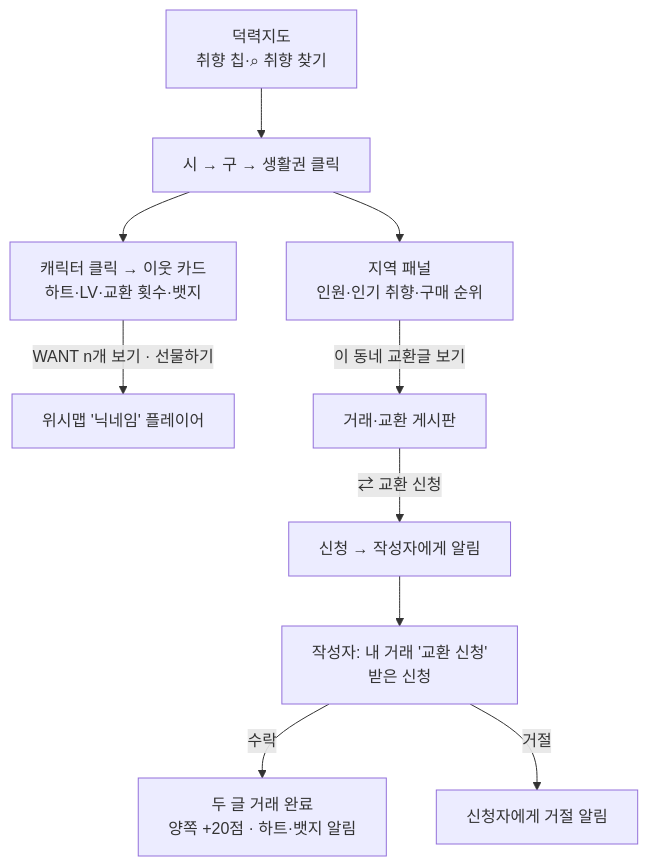
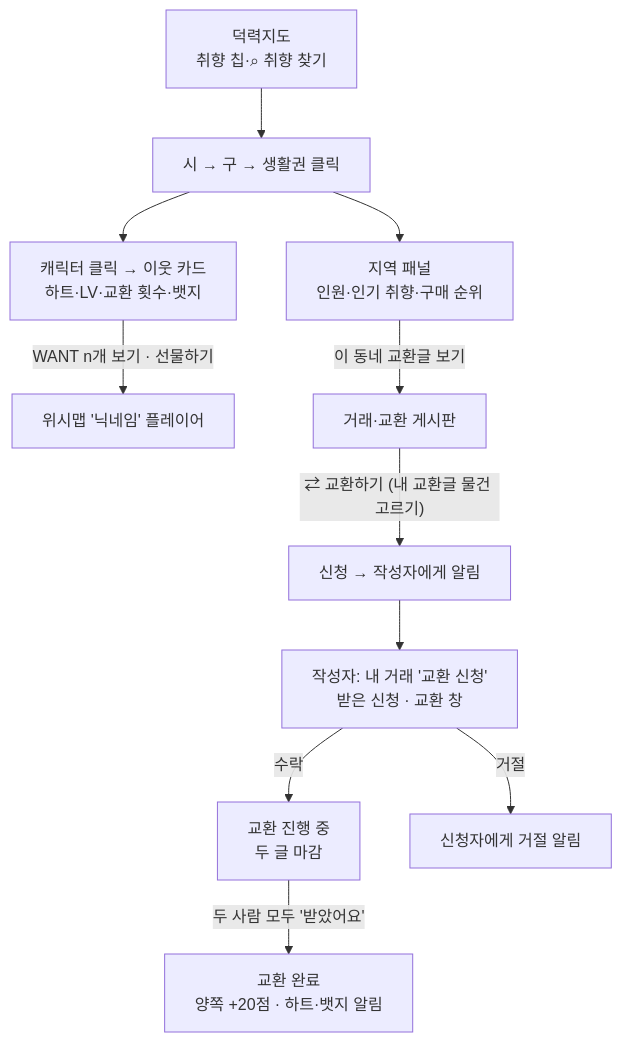
Before and after one commit to KANT-2/pixel-mart: the fifth of 7 diagrams in docs/UI_STRUCTURE.md, drawn with Mermaid. The commit also changed other lines of this file and 2 other files, not shown here.

Commit message:
docs: 현행화 문서의 교환 흐름을 교환 진행 단계(수락 → 받았어요 → 완료)에 맞춤

````diff
--- a/docs/UI_STRUCTURE.md
+++ b/docs/UI_STRUCTURE.md
@@ -290,12 +290,13 @@
 ```mermaid
 flowchart TB
   A["덕력지도<br/>취향 칩·⌕ 취향 찾기"] --> B["시 → 구 → 생활권 클릭"]
   B --> C["지역 패널<br/>인원·인기 취향·구매 순위"]
   B --> D["캐릭터 클릭 → 이웃 카드<br/>하트·LV·교환 횟수·뱃지"]
   D -->|"WANT n개 보기 · 선물하기"| W["위시맵 '닉네임' 플레이어"]
   C -->|"이 동네 교환글 보기"| T["거래·교환 게시판"]
-  T -->|"⇄ 교환 신청"| R["신청 → 작성자에게 알림"]
-  R --> I["작성자: 내 거래 '교환 신청'<br/>받은 신청"]
-  I -->|"수락"| OK["두 글 거래 완료<br/>양쪽 +20점 · 하트·뱃지 알림"]
+  T -->|"⇄ 교환하기 (내 교환글 물건 고르기)"| R["신청 → 작성자에게 알림"]
+  R --> I["작성자: 내 거래 '교환 신청'<br/>받은 신청 · 교환 창"]
+  I -->|"수락"| P["교환 진행 중<br/>두 글 마감"]
+  P -->|"두 사람 모두 '받았어요'"| OK["교환 완료<br/>양쪽 +20점 · 하트·뱃지 알림"]
   I -->|"거절"| NO["신청자에게 거절 알림"]
 ```
````
